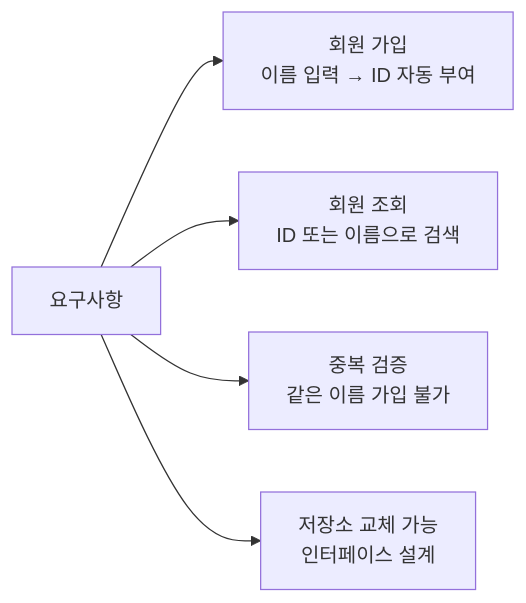
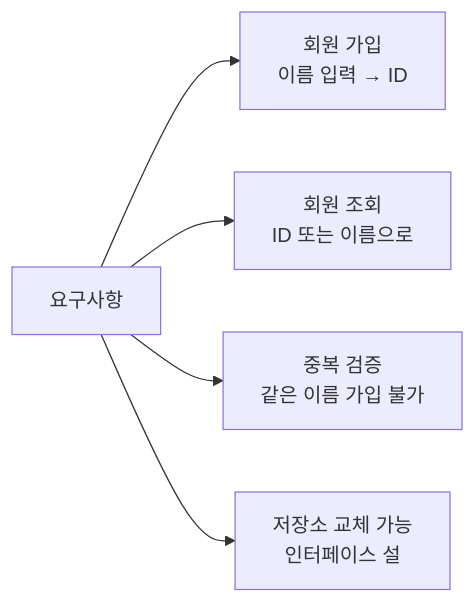
Before and after one commit to yjkim2015/yjkim2015.github.io: the second of 5 diagrams in _posts/springboot/2021-05-30-springboot-회원 관리 예제.md, drawn with Mermaid. The commit also changed other lines of this file and 271 other files, not shown here.

First line of the commit message:
Mermaid 라벨 축소: 긴 노드 텍스트 18자 이하로 트림 + \n 제거

````diff
--- a/_posts/springboot/2021-05-30-springboot-회원 관리 예제.md
+++ b/_posts/springboot/2021-05-30-springboot-회원 관리 예제.md
@@ -42,8 +42,8 @@
 ```mermaid
 graph LR
     REQ["요구사항"]
-    REQ --> F1["회원 가입\n이름 입력 → ID 자동 부여"]
-    REQ --> F2["회원 조회\nID 또는 이름으로 검색"]
+    REQ --> F1["회원 가입\n이름 입력 → ID"]
+    REQ --> F2["회원 조회\nID 또는 이름으로"]
     REQ --> F3["중복 검증\n같은 이름 가입 불가"]
-    REQ --> F4["저장소 교체 가능\n인터페이스 설계"]
+    REQ --> F4["저장소 교체 가능\n인터페이스 설"]
 ```
````
